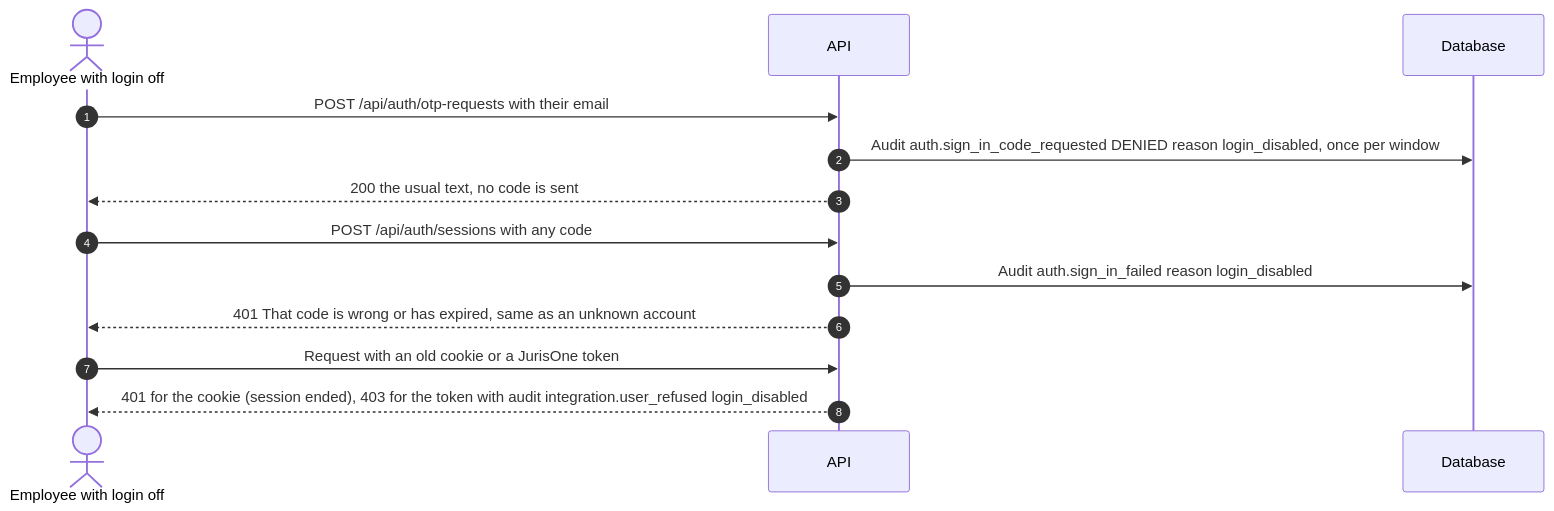
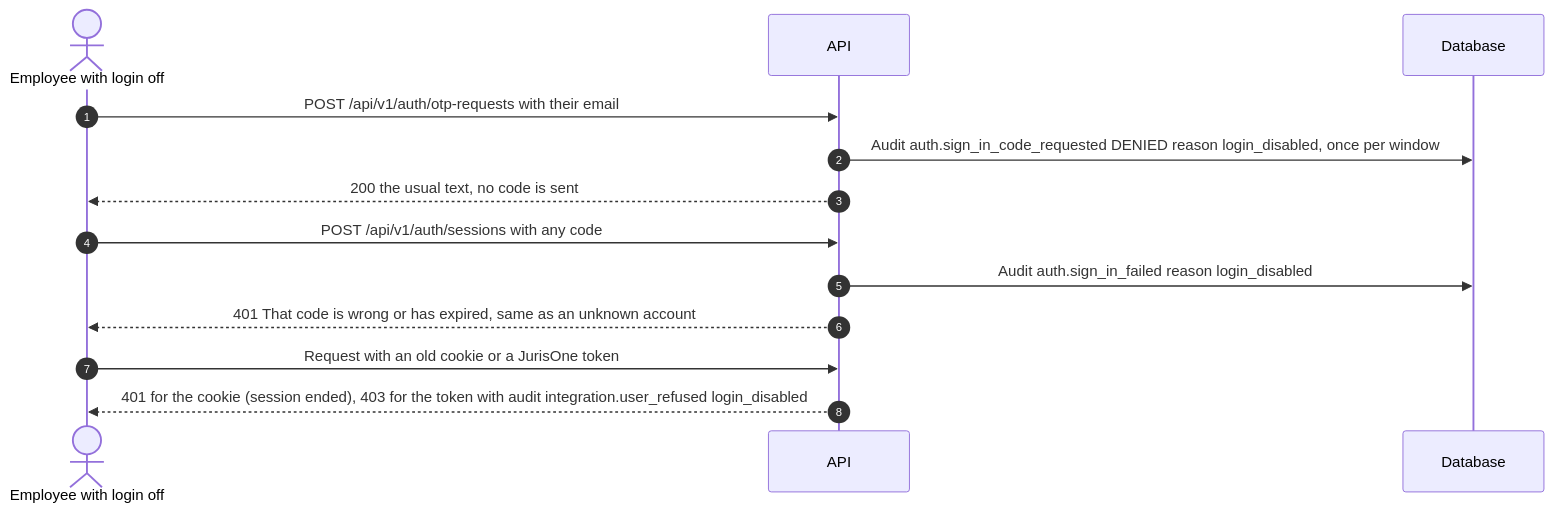
One commit to amitjurislpo/juris-track changed diagram 21 of 21 in references/FLOW-JurisTrack.md. Above: the diagram before and after it, drawn with Mermaid. The commit also changed other lines of this file and 100 other files, not shown here.

````diff
--- a/references/FLOW-JurisTrack.md
+++ b/references/FLOW-JurisTrack.md
@@ -680,15 +680,15 @@
 ```mermaid
 sequenceDiagram
     autonumber
     actor E as Employee with login off
     participant A as API
     participant D as Database
-    E->>A: POST /api/auth/otp-requests with their email
+    E->>A: POST /api/v1/auth/otp-requests with their email
     A->>D: Audit auth.sign_in_code_requested DENIED reason login_disabled, once per window
     A-->>E: 200 the usual text, no code is sent
-    E->>A: POST /api/auth/sessions with any code
+    E->>A: POST /api/v1/auth/sessions with any code
     A->>D: Audit auth.sign_in_failed reason login_disabled
     A-->>E: 401 That code is wrong or has expired, same as an unknown account
     E->>A: Request with an old cookie or a JurisOne token
     A-->>E: 401 for the cookie (session ended), 403 for the token with audit integration.user_refused login_disabled
 ```
````
